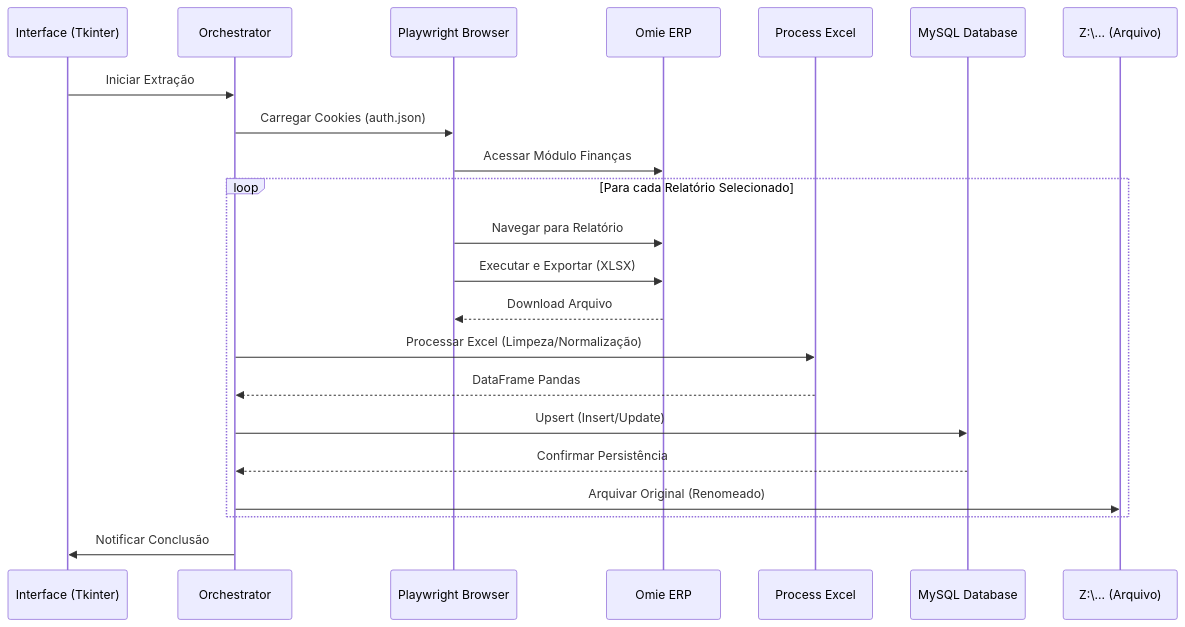
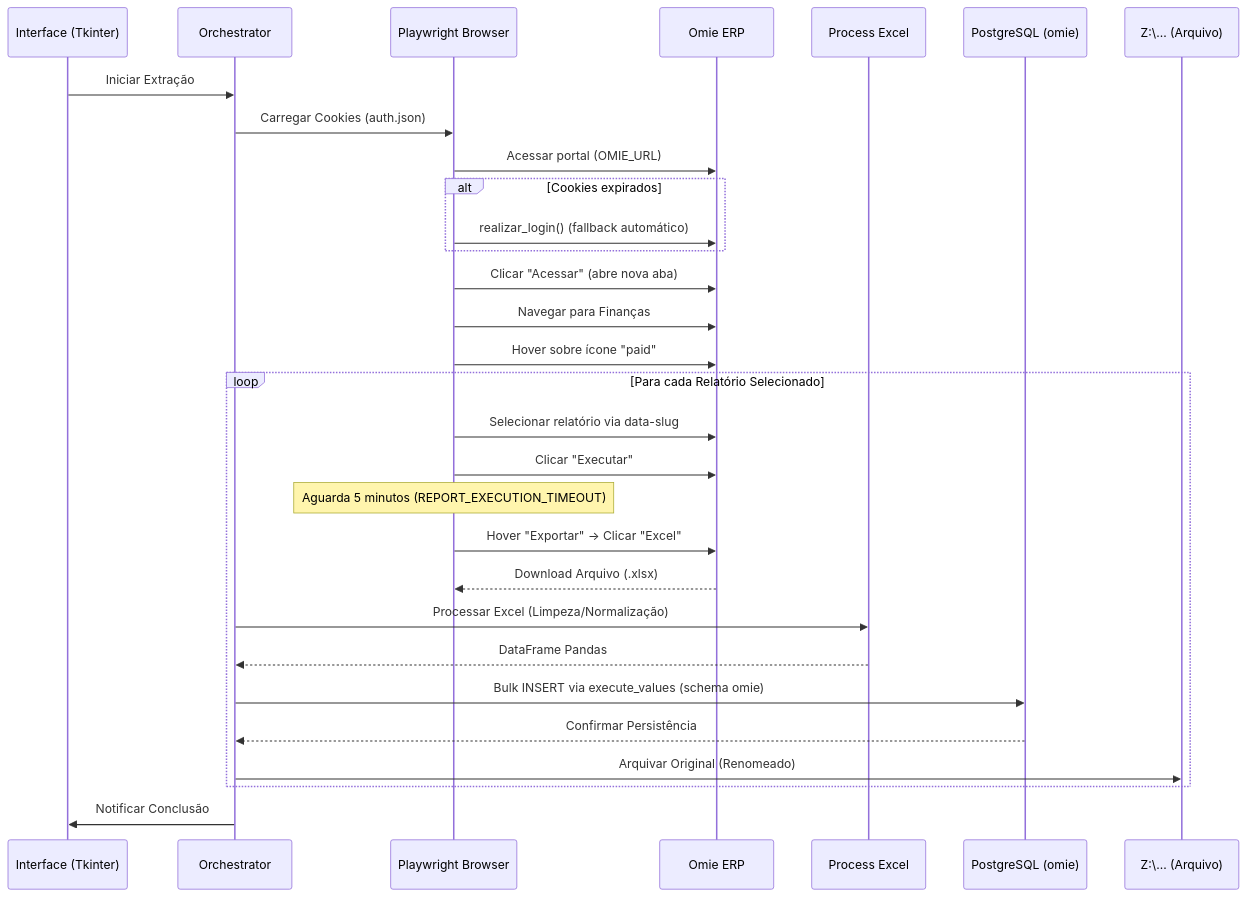
The diagram in DOCUMENTACAO_PROJETO_bot_omie.md (leofiorese/bot_omie), drawn with Mermaid before and after one commit. The commit also changed other lines of this file and 9 other files, not shown here.

Commit message:
refactor(database): refatorar base de dados MySQL para PostgreSQL

````diff
--- a/DOCUMENTACAO_PROJETO_bot_omie.md
+++ b/DOCUMENTACAO_PROJETO_bot_omie.md
@@ -55,27 +62,37 @@
 ```mermaid
 sequenceDiagram
     participant GUI as Interface (Tkinter)
     participant Main as Orchestrator
     participant Bot as Playwright Browser
     participant Omie as Omie ERP
     participant ETL as Process Excel
-    participant DB as MySQL Database
+    participant DB as PostgreSQL (omie)
     participant Rede as Z:\... (Arquivo)
 
     GUI->>Main: Iniciar Extração
     Main->>Bot: Carregar Cookies (auth.json)
-    Bot->>Omie: Acessar Módulo Finanças
-    
+    Bot->>Omie: Acessar portal (OMIE_URL)
+
+    alt Cookies expirados
+        Bot->>Omie: realizar_login() (fallback automático)
+    end
+
+    Bot->>Omie: Clicar "Acessar" (abre nova aba)
+    Bot->>Omie: Navegar para Finanças
+    Bot->>Omie: Hover sobre ícone "paid"
+
     loop Para cada Relatório Selecionado
-        Bot->>Omie: Navegar para Relatório
-        Bot->>Omie: Executar e Exportar (XLSX)
-        Omie-->>Bot: Download Arquivo
+        Bot->>Omie: Selecionar relatório via data-slug
+        Bot->>Omie: Clicar "Executar"
+        Note over Bot: Aguarda 5 minutos (REPORT_EXECUTION_TIMEOUT)
+        Bot->>Omie: Hover "Exportar" → Clicar "Excel"
+        Omie-->>Bot: Download Arquivo (.xlsx)
         Main->>ETL: Processar Excel (Limpeza/Normalização)
         ETL-->>Main: DataFrame Pandas
-        Main->>DB: Upsert (Insert/Update)
+        Main->>DB: Bulk INSERT via execute_values (schema omie)
         DB-->>Main: Confirmar Persistência
         Main->>Rede: Arquivar Original (Renomeado)
     end
-    
+
     Main->>GUI: Notificar Conclusão
 ```
````
